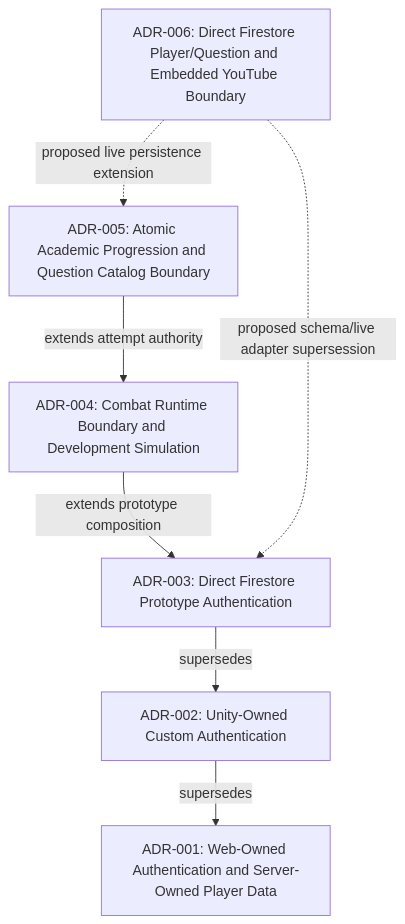
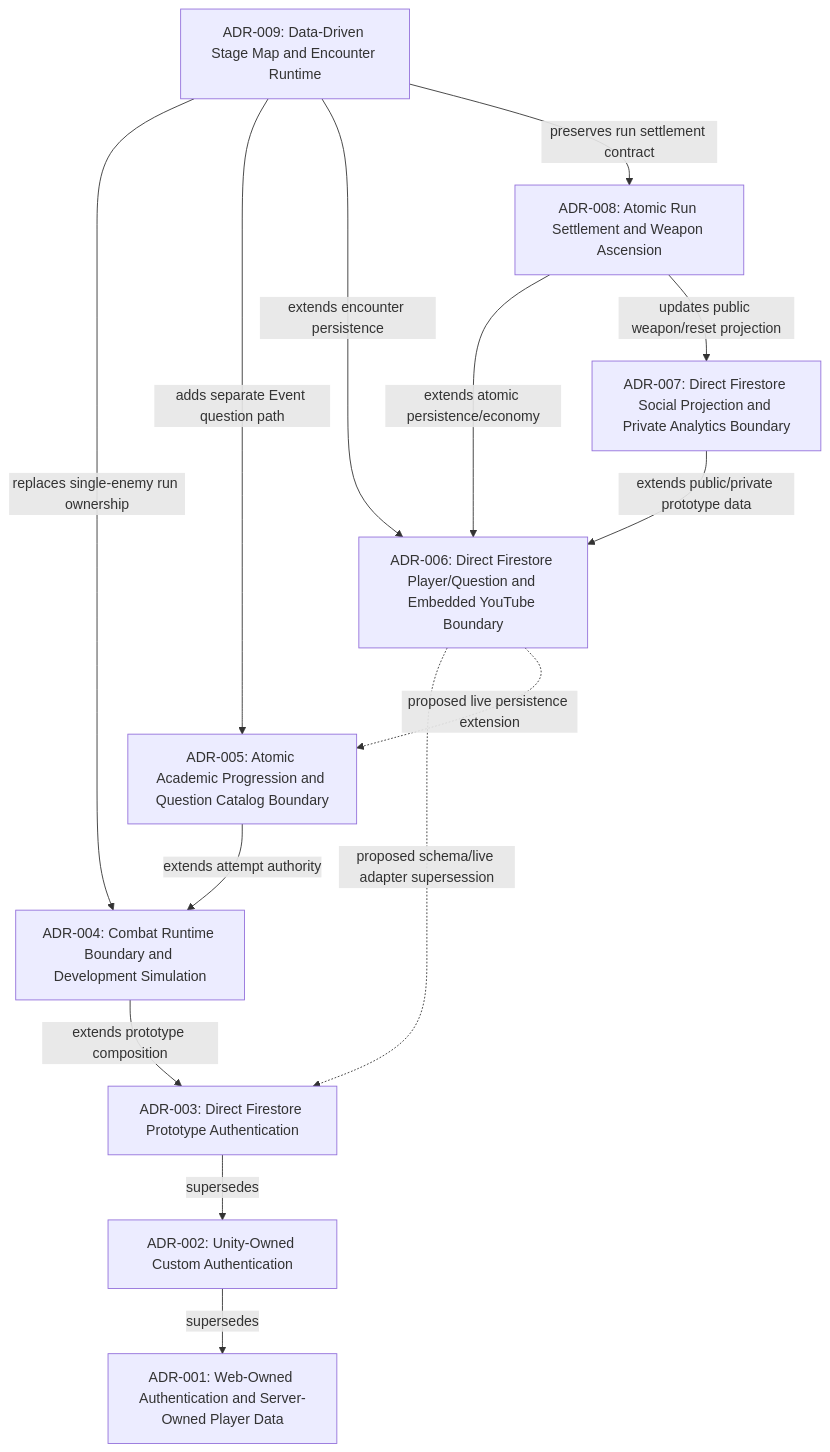
The diagram in Docs_PowerMath/3_Outputs/ADRs/README.md (AescaLiebert/Powermath-app), drawn with Mermaid before and after one commit. The commit also changed other lines of this file and 175 other files, not shown here.

First line of the commit message:
feat(gameplay): expand run progression and stage encounters

````diff
--- a/Docs_PowerMath/3_Outputs/ADRs/README.md
+++ b/Docs_PowerMath/3_Outputs/ADRs/README.md
@@ -5,15 +5,25 @@
 ```mermaid
 graph TD
     ADR001["ADR-001: Web-Owned Authentication and Server-Owned Player Data"]
     ADR002["ADR-002: Unity-Owned Custom Authentication"]
     ADR003["ADR-003: Direct Firestore Prototype Authentication"]
     ADR004["ADR-004: Combat Runtime Boundary and Development Simulation"]
     ADR005["ADR-005: Atomic Academic Progression and Question Catalog Boundary"]
     ADR006["ADR-006: Direct Firestore Player/Question and Embedded YouTube Boundary"]
+    ADR007["ADR-007: Direct Firestore Social Projection and Private Analytics Boundary"]
+    ADR008["ADR-008: Atomic Run Settlement and Weapon Ascension"]
+    ADR009["ADR-009: Data-Driven Stage Map and Encounter Runtime"]
     ADR002 -- "supersedes" --> ADR001
     ADR003 -- "supersedes" --> ADR002
     ADR004 -- "extends prototype composition" --> ADR003
     ADR005 -- "extends attempt authority" --> ADR004
     ADR006 -. "proposed schema/live adapter supersession" .-> ADR003
     ADR006 -. "proposed live persistence extension" .-> ADR005
+    ADR007 -- "extends public/private prototype data" --> ADR006
+    ADR008 -- "extends atomic persistence/economy" --> ADR006
+    ADR008 -- "updates public weapon/reset projection" --> ADR007
+    ADR009 -- "replaces single-enemy run ownership" --> ADR004
+    ADR009 -- "adds separate Event question path" --> ADR005
+    ADR009 -- "extends encounter persistence" --> ADR006
+    ADR009 -- "preserves run settlement contract" --> ADR008
 ```
````
